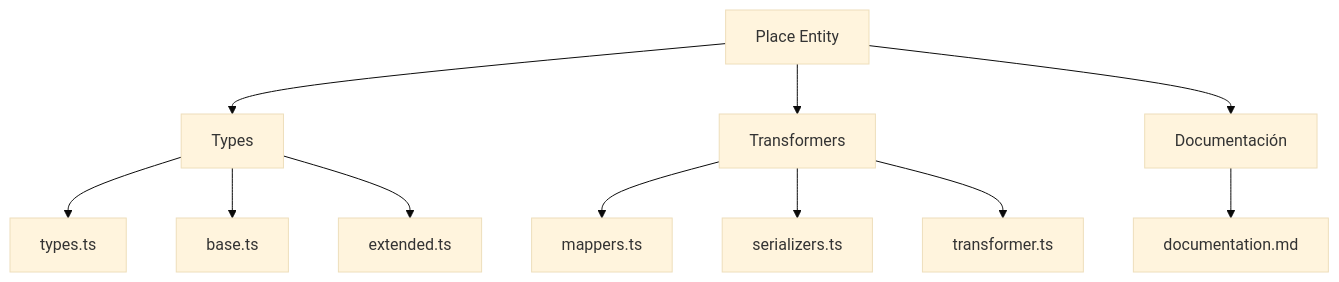
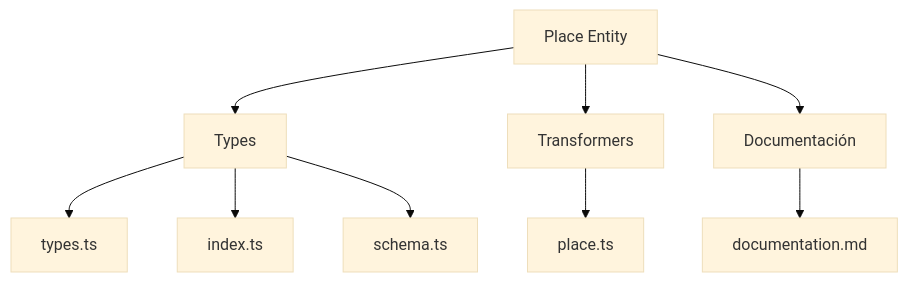
The first of 2 diagrams in src/types/entities/place/documentation.md (gvastethecreator/media-manager), drawn with Mermaid (base theme) before and after one commit. The commit also changed other lines of this file and 207 other files, not shown here.

````diff
--- a/src/types/entities/place/documentation.md
+++ b/src/types/entities/place/documentation.md
@@ -9,13 +9,11 @@
 ```mermaid
 graph TD
     A[Place Entity] --> B[Types]
     A --> C[Transformers]
     A --> D[Documentación]
     B --> B1[types.ts]
-    B --> B2[base.ts]
-    B --> B3[extended.ts]
-    C --> C1[mappers.ts]
-    C --> C2[serializers.ts]
-    C --> C3[transformer.ts]
+    B --> B2[index.ts]
+    B --> B3[schema.ts]
+    C --> C1[place.ts]
     D --> D1[documentation.md]
 ```
````
